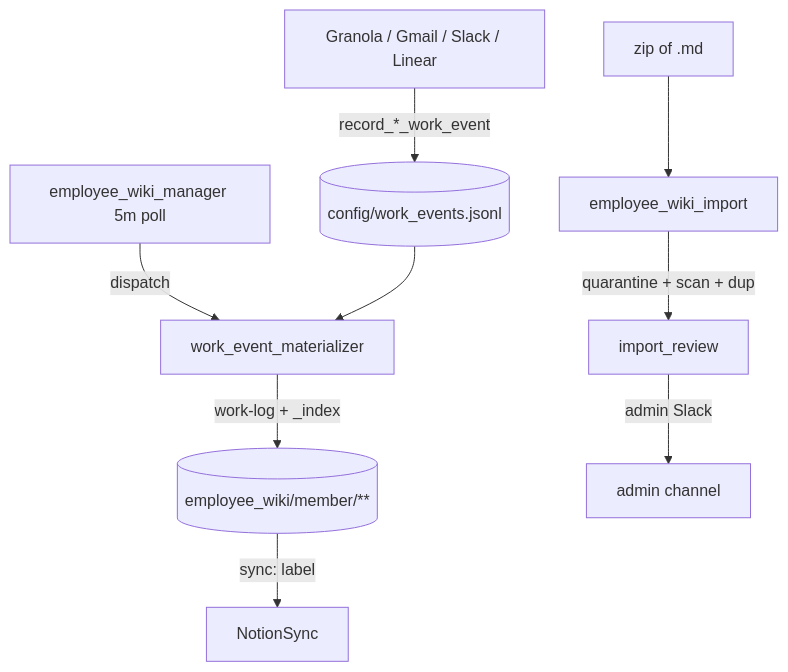
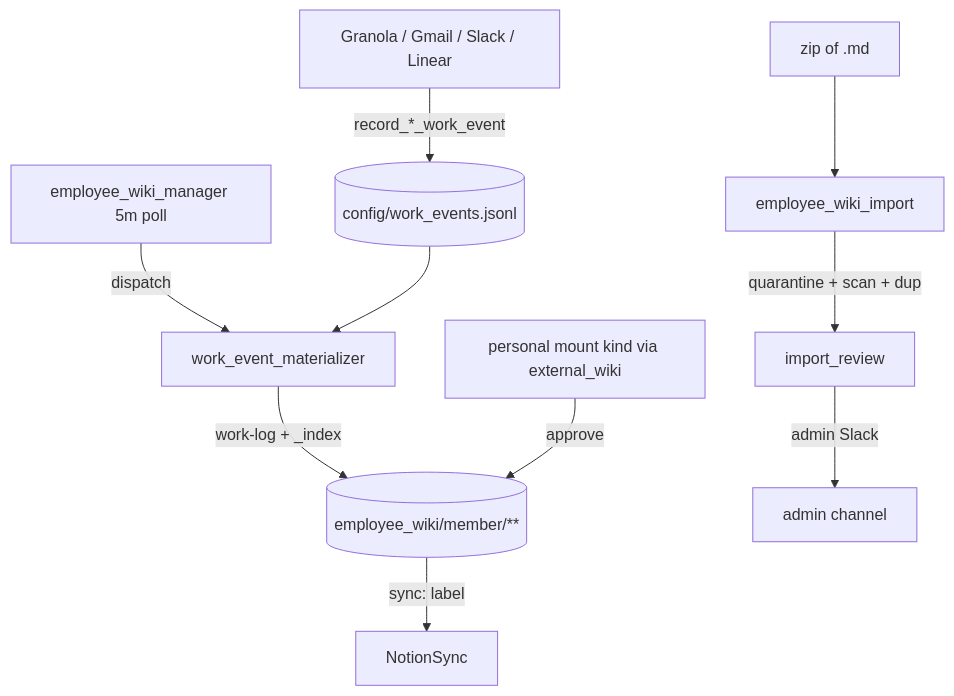
Before and after one commit to NickyHeC/4r7a: the diagram in docs/agents/employee_wiki.md, drawn with Mermaid. The commit also changed other lines of this file and 26 other files, not shown here.

First line of the commit message:
Ship absorb lanes, @wiki planner, and personal Notion orphan ingest.

````diff
--- a/docs/agents/employee_wiki.md
+++ b/docs/agents/employee_wiki.md
@@ -26,11 +26,12 @@
 ```mermaid
 flowchart TB
   PLAT[Granola / Gmail / Slack / Linear] -->|record_*_work_event| LEDGER[(config/work_events.jsonl)]
   MGR[employee_wiki_manager 5m poll] -->|dispatch| MAT[work_event_materializer]
   LEDGER --> MAT
   MAT -->|work-log + _index| EW[(employee_wiki/member/**)]
   ZIP[zip of .md] --> IMP[employee_wiki_import]
   IMP -->|quarantine + scan + dup| REV[import_review]
   REV -->|admin Slack| ADMIN[admin channel]
+  PERS[personal mount kind via external_wiki] -->|approve| EW
   EW -->|sync: label| NS[NotionSync]
 ```
````
